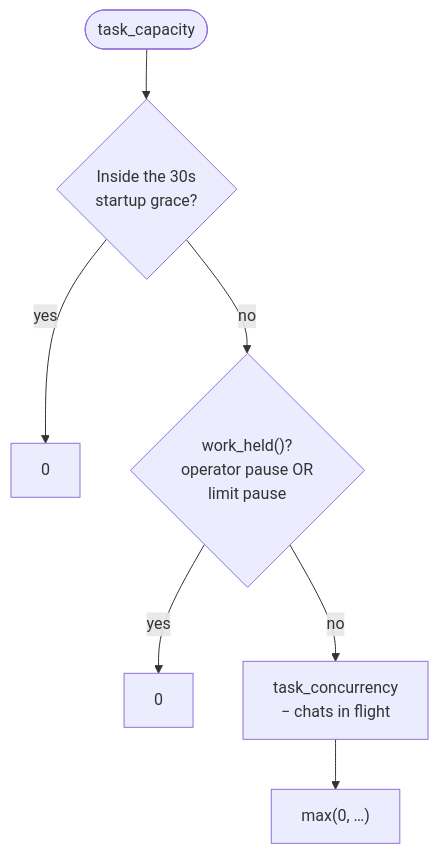
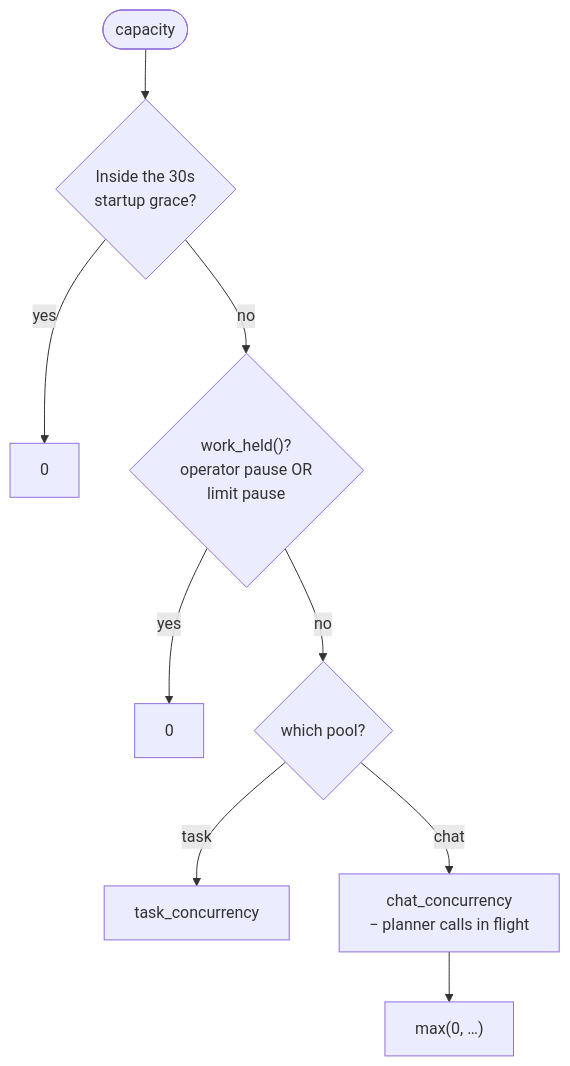
The third of 9 diagrams in design/02_task_lifecycle.md (radubools/dex), drawn with Mermaid before and after one commit. The commit also changed other lines of this file and 674 other files, not shown here.

````diff
--- a/design/02_task_lifecycle.md
+++ b/design/02_task_lifecycle.md
@@ -190,9 +207,11 @@
 ```mermaid
 flowchart TD
-    C([task_capacity]) --> G{"Inside the 30s<br/>startup grace?"}
+    C([capacity]) --> G{"Inside the 30s<br/>startup grace?"}
     G -- yes --> Z1["0"]
     G -- no --> H{"work_held()?<br/>operator pause OR<br/>limit pause"}
     H -- yes --> Z2["0"]
-    H -- no --> L["task_concurrency<br/>− chats in flight"]
-    L --> MAX["max(0, …)"]
+    H -- no --> K{"which pool?"}
+    K -- task --> L["task_concurrency"]
+    K -- chat --> M["chat_concurrency<br/>− planner calls in flight"]
+    M --> MAX["max(0, …)"]
 ```
````
